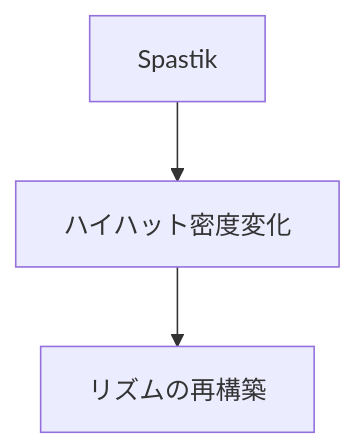
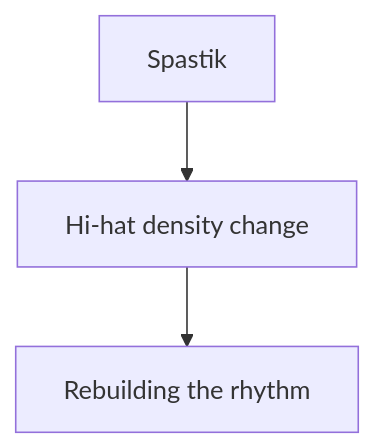
The second of 7 diagrams in en/_posts/2025-10-24-column-plastikman-richie-hawtin.md (monumental-movement/monumental-movement.github.io), drawn with Mermaid before and after one commit. The commit also changed other lines of this file and 152 other files, not shown here.

```diff
--- a/en/_posts/2025-10-24-column-plastikman-richie-hawtin.md
+++ b/en/_posts/2025-10-24-column-plastikman-richie-hawtin.md
@@ -197,7 +197,7 @@
 <div class="mermaid">
 
 graph TD
-    A[Spastik] --> B[ハイハット密度変化]
-    B --> C[リズムの再構築]
+    A[Spastik] --> B[Hi-hat density change]
+    B --> C[Rebuilding the rhythm]
 
 </div>
```
